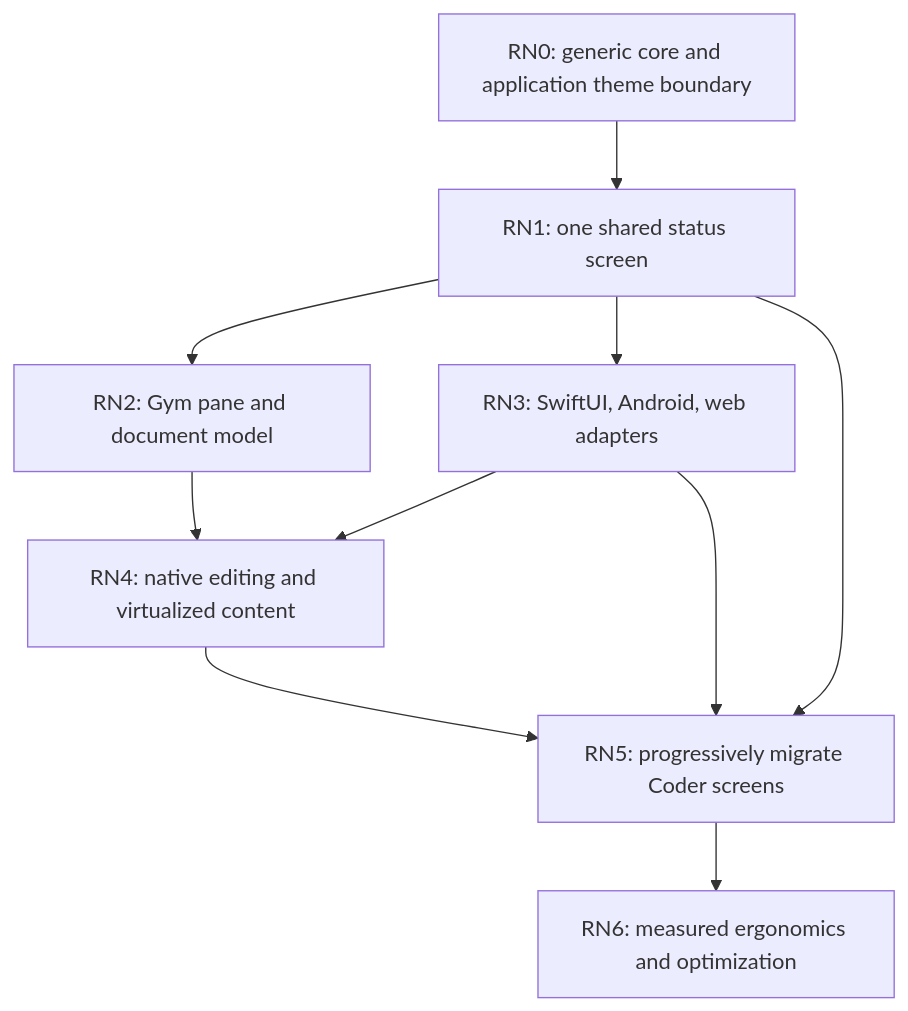
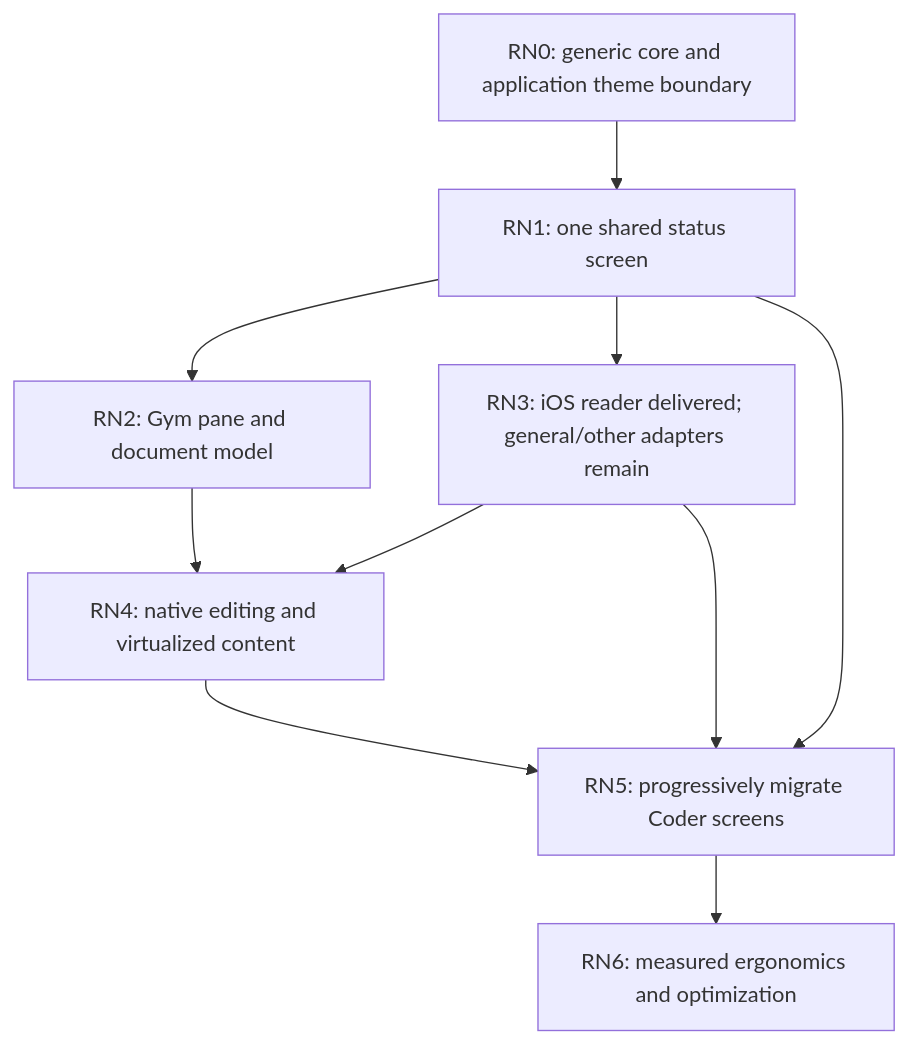
Before and after one commit to OpenAgentsInc/openagents: the diagram in docs/coder/rust-native/build-order.md, drawn with Mermaid. The commit also changed other lines of this file and 12 other files, not shown here.

````diff
--- a/docs/coder/rust-native/build-order.md
+++ b/docs/coder/rust-native/build-order.md
@@ -49,19 +65,19 @@
 ```mermaid
 flowchart TD
     Foundation["RN0: generic core and application theme boundary"]
     First["RN1: one shared status screen"]
     Replay["RN2: Gym pane and document model"]
-    Native["RN3: SwiftUI, Android, web adapters"]
+    Native["RN3: iOS reader delivered; general/other adapters remain"]
     Input["RN4: native editing and virtualized content"]
     Suite["RN5: progressively migrate Coder screens"]
     Optimize["RN6: measured ergonomics and optimization"]
     Foundation --> First
     First --> Replay
     First --> Native
     Replay --> Input
     Native --> Input
     First --> Suite
     Native --> Suite
     Input --> Suite
     Suite --> Optimize
 ```
````
